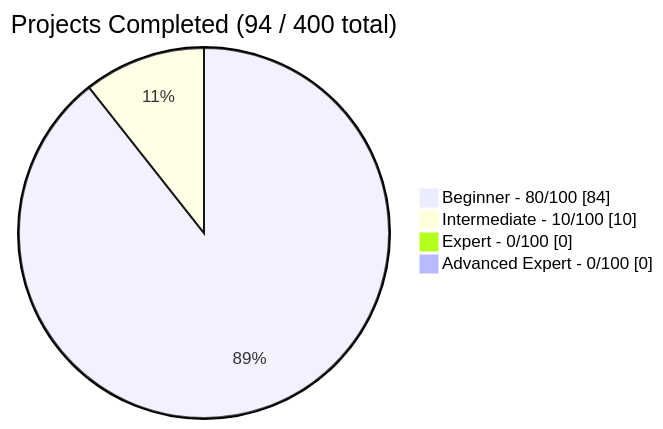
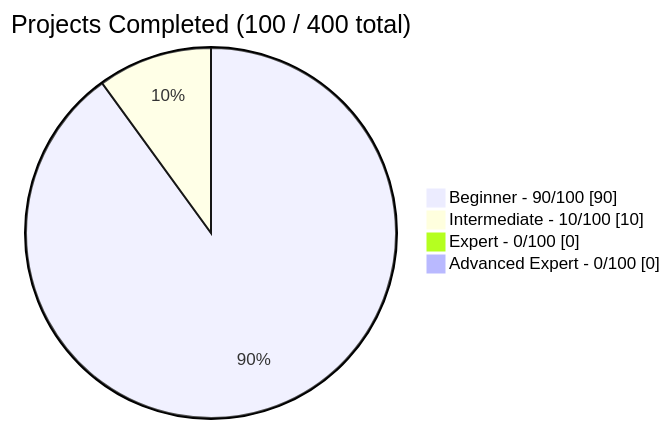
One commit to Debanga-06/Code-Odessey changed the diagram in README.md. Above: the diagram before and after it, drawn with Mermaid. The commit also changed other lines of this file and 2 other files, not shown here.

````diff
--- a/README.md
+++ b/README.md
@@ -75,8 +75,8 @@
 ```mermaid
 pie showData
-    title Projects Completed (94 / 400 total)
-    "Beginner - 80/100" : 84
+    title Projects Completed (100 / 400 total)
+    "Beginner - 90/100" : 90
     "Intermediate - 10/100" : 10
     "Expert - 0/100" : 0
     "Advanced Expert - 0/100" : 0
 ```
````
